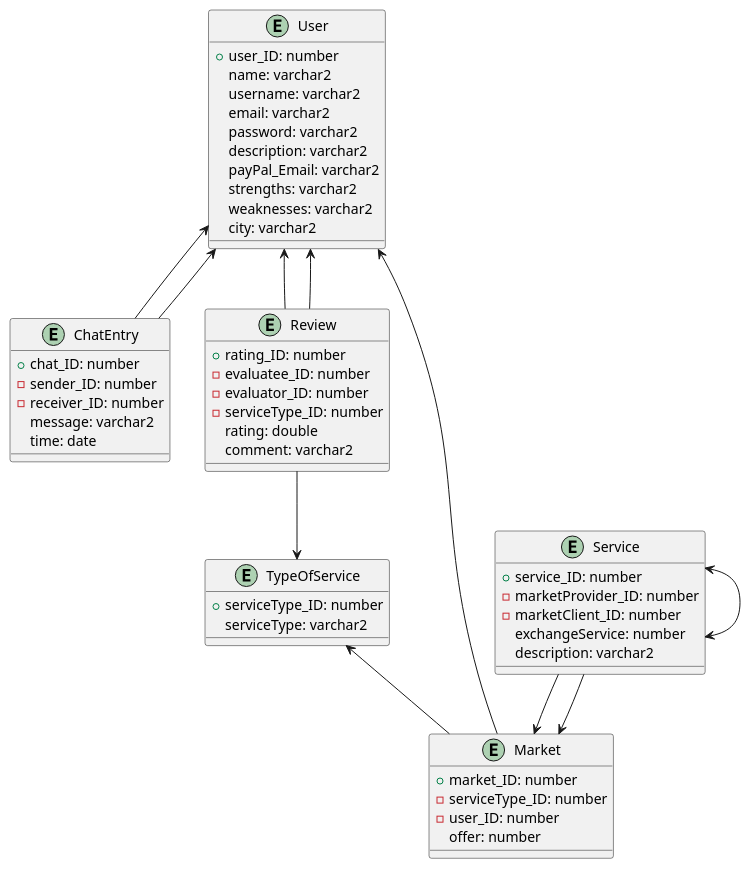
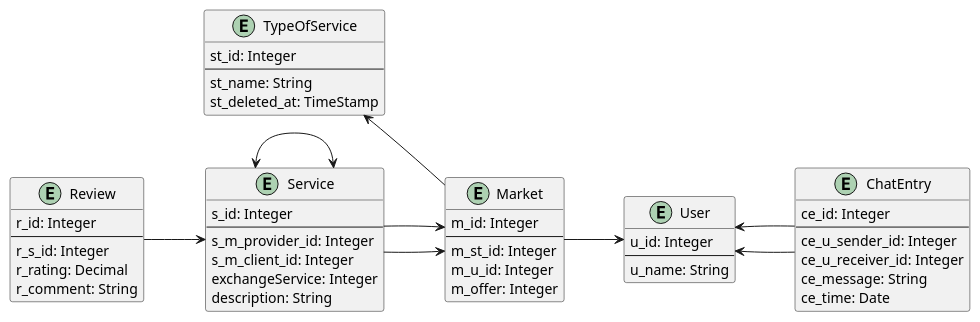
Before and after one commit to 2425-4chif-syp/01-projekte-d4d: the third of 3 diagrams in documenation/Project_Description.adoc, drawn with PlantUML. The commit also changed other lines of this file and 1 other file, not shown here.

Commit message:
docs: correcting erd

```diff
--- a/documenation/Project_Description.adoc
+++ b/documenation/Project_Description.adoc
@@ -120,65 +120,62 @@
 ["plantuml"]
 ----
 @startuml
+left to right direction
+
 entity "User" as User {
-+user_ID: number
-name: varchar2
-username: varchar2
-email: varchar2
-password: varchar2
-description: varchar2
-payPal_Email: varchar2
-strengths: varchar2
-weaknesses: varchar2
-city: varchar2
+u_id: Integer
+--
+u_name: String
 }
 
 entity "TypeOfService" as TypeOfService {
-+serviceType_ID: number
-serviceType: varchar2
+st_id: Integer
+--
+st_name: String
+st_deleted_at: TimeStamp
 }
 
 entity "Service" as Service {
-+service_ID: number
--marketProvider_ID: number
--marketClient_ID: number
-exchangeService: number
-description: varchar2
+s_id: Integer
+--
+s_m_provider_id: Integer
+s_m_client_id: Integer
+exchangeService: Integer
+description: String
 }
 
 entity "Market" as Market {
-+market_ID: number
--serviceType_ID: number
--user_ID: number
-offer: number
+m_id: Integer
+--
+m_st_id: Integer
+m_u_id: Integer
+m_offer: Integer
 }
 
 entity "ChatEntry" as ChatEntry {
-+chat_ID: number
--sender_ID: number
--receiver_ID: number
-message: varchar2
-time: date
+ce_id: Integer
+--
+ce_u_sender_id: Integer
+ce_u_receiver_id: Integer
+ce_message: String
+ce_time: Date
 }
 
 entity "Review" as Review {
-+rating_ID: number
--evaluatee_ID: number
--evaluator_ID: number
--serviceType_ID: number
-rating: double
-comment: varchar2
+r_id: Integer
+--
+r_s_id: Integer
+r_rating: Decimal
+r_comment: String
 }
 
 User <-- ChatEntry
-User <-- Review
-User <-- Review
-Review --> TypeOfService
+Review --> Service
 ChatEntry --> User
 TypeOfService <-- Market
 Service --> Market
 Service --> Market
 Service <--> Service
 Market --> User
 @enduml
 ----
```
